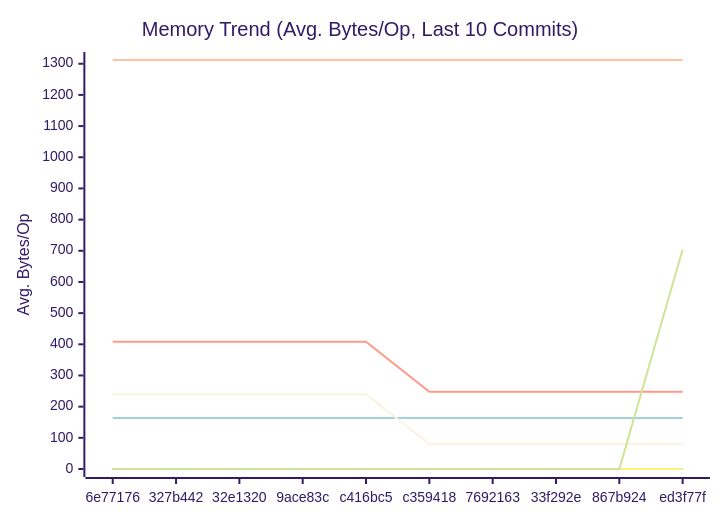
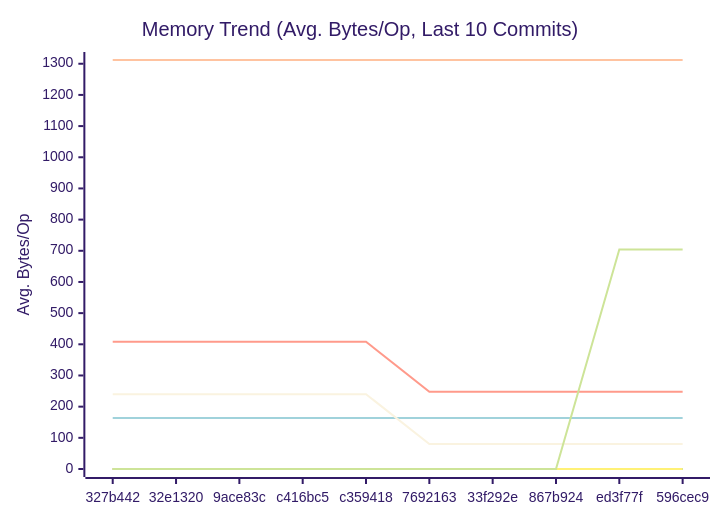
One commit to alsotoes/momo changed the second of 3 diagrams in docs/PERFORMANCE.md. Above: the diagram before and after it, drawn with Mermaid (forest theme). The commit also changed other lines of this file and 5 other files, not shown here.

````diff
--- a/docs/PERFORMANCE.md
+++ b/docs/PERFORMANCE.md
@@ -152,18 +152,18 @@
 ```mermaid
 xychart-beta
     title "Memory Trend (Avg. Bytes/Op, Last 10 Commits)"
     x-axis "Commit"
     y-axis "Avg. Bytes/Op"
-    x-axis [6e77176,327b442,32e1320,9ace83c,c416bc5,c359418,7692163,33f292e,867b924,ed3f77f]
+    x-axis [327b442,32e1320,9ace83c,c416bc5,c359418,7692163,33f292e,867b924,ed3f77f,596cec9]
     line "CheckMetricsAndSwap" [0,0,0,0,0,0,0,0,0,0]
     line "CrushOptimized" [0,0,0,0,0,0,0,0,0,0]
     line "CrushOriginal" [164,164,164,164,164,164,164,164,164,164]
     line "IndexDirectTracking" [0,0,0,0,0,0,0,0,0,0]
     line "IndexSearch" [0,0,0,0,0,0,0,0,0,0]
     line "LoadGlobalConfig" [1312,1312,1312,1312,1312,1312,1312,1312,1312,1312]
     line "PadString" [0,0,0,0,0,0,0,0,0,0]
     line "ParseReplicationOrder_NoPrealloc" [408,408,408,408,408,248,248,248,248,248]
     line "ParseReplicationOrder_Prealloc" [240,240,240,240,240,80,80,80,80,80]
     line "SanitizeLog/Safe" [0,0,0,0,0,0,0,0,0,0]
-    line "SanitizeLog/Unsafe" [0,0,0,0,0,0,0,0,0,704]
+    line "SanitizeLog/Unsafe" [0,0,0,0,0,0,0,0,704,704]
 ```
````
